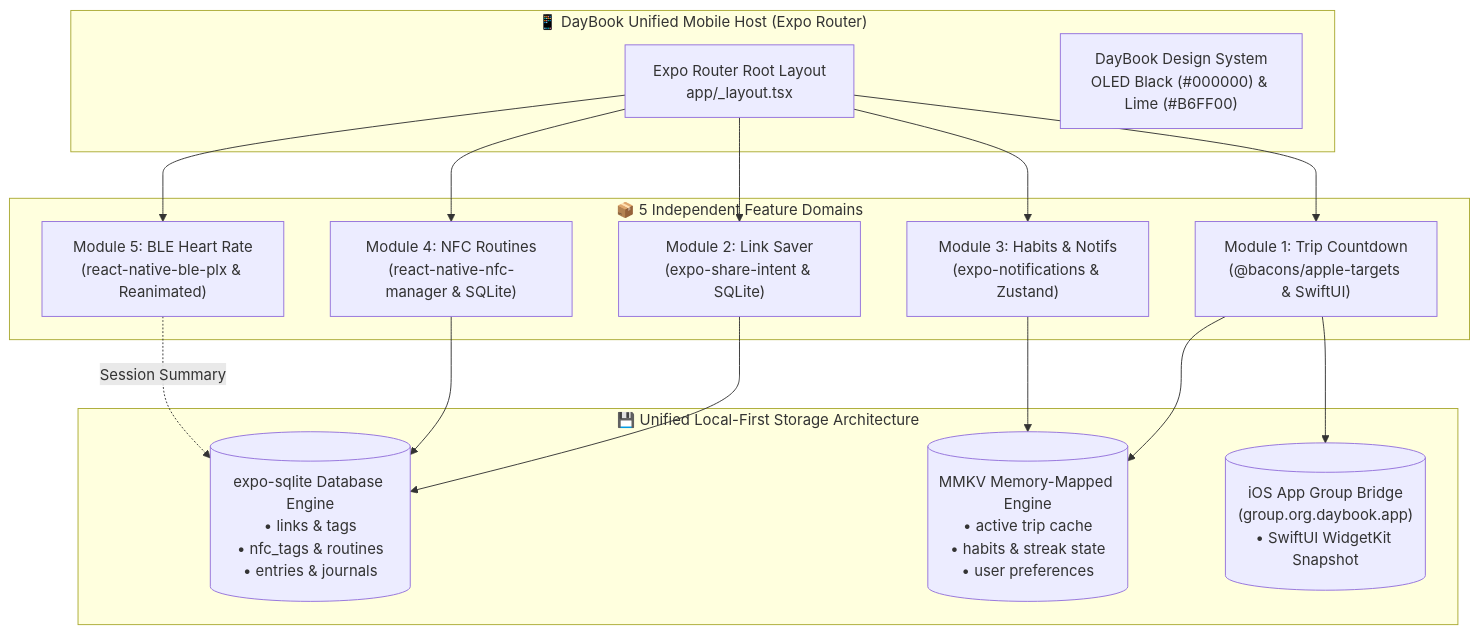
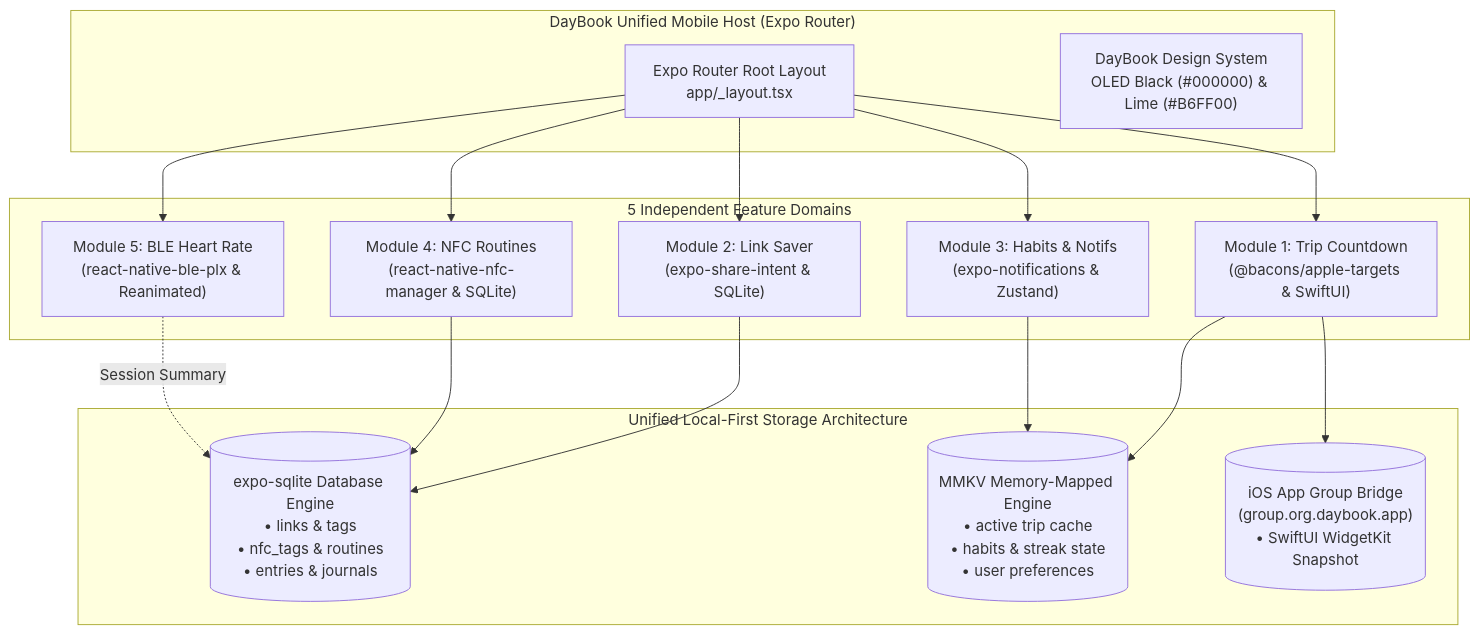
Diagram 11 of 11 in docs/five-core-features-blueprint.md (rahat4528/daybook), drawn with Mermaid before and after one commit. The commit also changed other lines of this file and 28 other files, not shown here.

````diff
--- a/docs/five-core-features-blueprint.md
+++ b/docs/five-core-features-blueprint.md
@@ -1140,34 +1140,34 @@
 ```mermaid
 flowchart TD
-    subgraph HostApp["📱 DayBook Unified Mobile Host (Expo Router)"]
+    subgraph HostApp["DayBook Unified Mobile Host (Expo Router)"]
         Navigation["Expo Router Root Layout\napp/_layout.tsx"]
         DesignTokens["DayBook Design System\nOLED Black (#000000) & Lime (#B6FF00)"]
     end
 
-    subgraph FeatureModules["📦 5 Independent Feature Domains"]
+    subgraph FeatureModules["5 Independent Feature Domains"]
         Mod1["Module 1: Trip Countdown\n(@bacons/apple-targets & SwiftUI)"]
         Mod2["Module 2: Link Saver\n(expo-share-intent & SQLite)"]
         Mod3["Module 3: Habits & Notifs\n(expo-notifications & Zustand)"]
         Mod4["Module 4: NFC Routines\n(react-native-nfc-manager & SQLite)"]
         Mod5["Module 5: BLE Heart Rate\n(react-native-ble-plx & Reanimated)"]
     end
 
-    subgraph StorageLayer["💾 Unified Local-First Storage Architecture"]
+    subgraph StorageLayer["Unified Local-First Storage Architecture"]
         SQLiteEngine[("expo-sqlite Database Engine\n• links & tags\n• nfc_tags & routines\n• entries & journals")]
         MMKVEngine[("MMKV Memory-Mapped Engine\n• active trip cache\n• habits & streak state\n• user preferences")]
         SharedAppGroup[("iOS App Group Bridge\n(group.org.daybook.app)\n• SwiftUI WidgetKit Snapshot")]
     end
 
     Navigation --> Mod1
     Navigation --> Mod2
     Navigation --> Mod3
     Navigation --> Mod4
     Navigation --> Mod5
 
     Mod1 --> MMKVEngine
     Mod1 --> SharedAppGroup
     Mod2 --> SQLiteEngine
     Mod3 --> MMKVEngine
     Mod4 --> SQLiteEngine
     Mod5 -.->|Session Summary| SQLiteEngine
 ```
````
